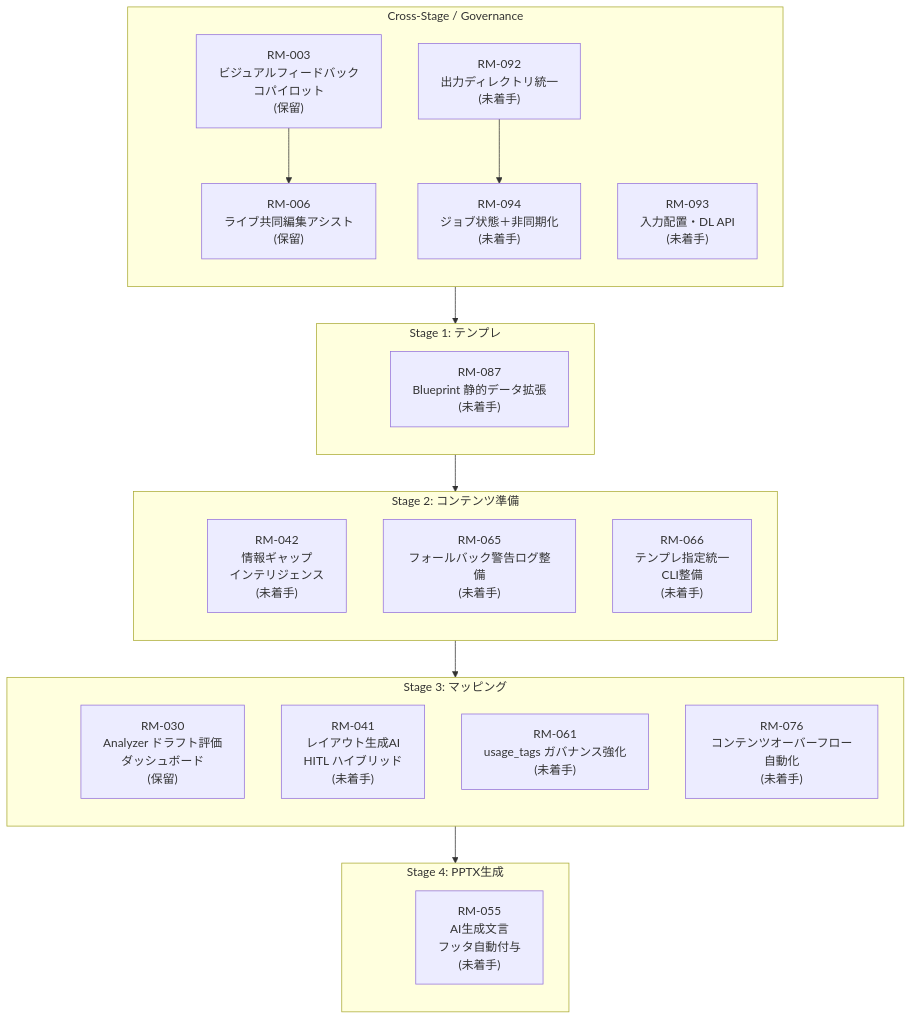
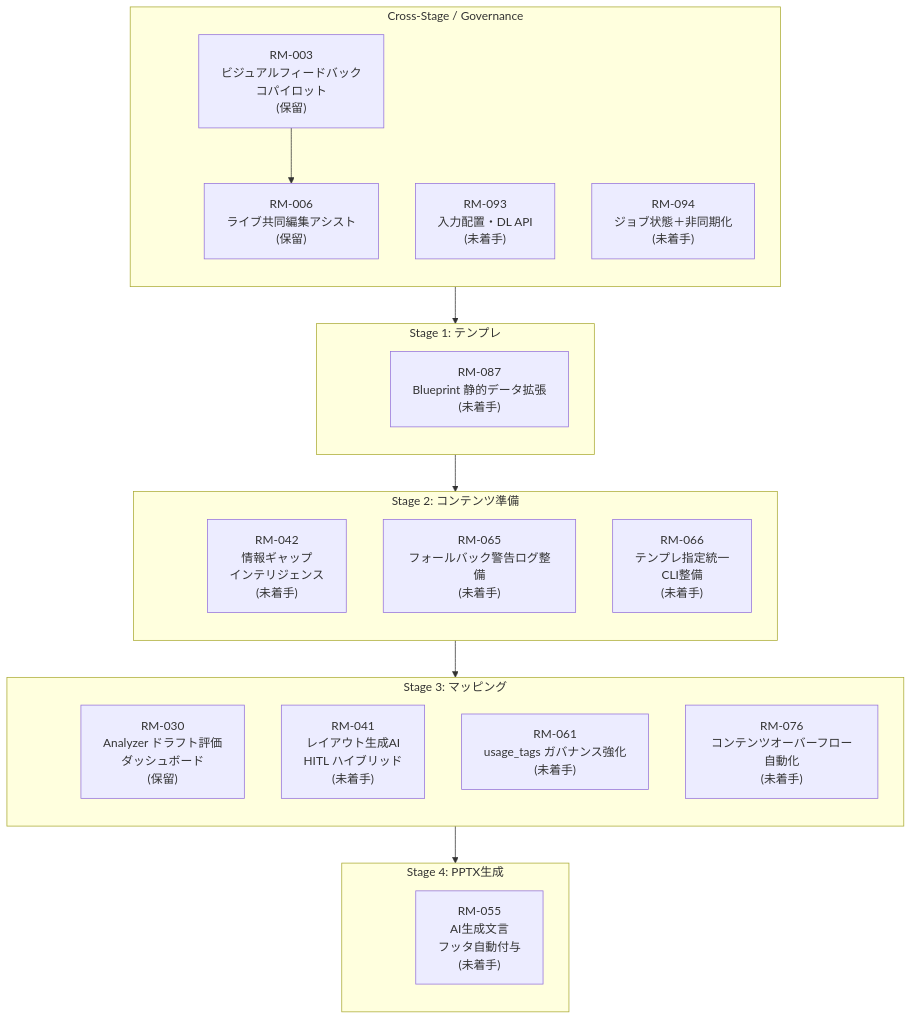
The diagram in docs/roadmap/roadmap.md (yurake/pptx_generator), drawn with Mermaid before and after one commit. The commit also changed other lines of this file and 8 other files, not shown here.

````diff
--- a/docs/roadmap/roadmap.md
+++ b/docs/roadmap/roadmap.md
@@ -25,52 +25,50 @@
 ```mermaid
 flowchart TB
     subgraph GOV["Cross-Stage / Governance"]
         direction TB
         GOV_ANCHOR(( ))
         RM003["RM-003<br/>ビジュアルフィードバック<br/>コパイロット<br/>(保留)"]
         RM006["RM-006<br/>ライブ共同編集アシスト<br/>(保留)"]
-        RM092["RM-092<br/>出力ディレクトリ統一<br/>(未着手)"]
         RM093["RM-093<br/>入力配置・DL API<br/>(未着手)"]
         RM094["RM-094<br/>ジョブ状態＋非同期化<br/>(未着手)"]
     end
 
     subgraph ST1["Stage 1: テンプレ"]
         direction TB
         ST1_ANCHOR(( ))
         RM087["RM-087<br/>Blueprint 静的データ拡張<br/>(未着手)"]
     end
 
     subgraph ST2["Stage 2: コンテンツ準備"]
         direction TB
         ST2_ANCHOR(( ))
         RM042["RM-042<br/>情報ギャップ<br/>インテリジェンス<br/>(未着手)"]
         RM065["RM-065<br/>フォールバック警告ログ整備<br/>(未着手)"]
         RM066["RM-066<br/>テンプレ指定統一<br/>CLI整備<br/>(未着手)"]
     end
 
     subgraph ST3["Stage 3: マッピング"]
         direction TB
         ST3_ANCHOR(( ))
         RM030["RM-030<br/>Analyzer ドラフト評価<br/>ダッシュボード<br/>(保留)"]
         RM041["RM-041<br/>レイアウト生成AI<br/>HITL ハイブリッド<br/>(未着手)"]
         RM061["RM-061<br/>usage_tags ガバナンス強化<br/>(未着手)"]
         RM076["RM-076<br/>コンテンツオーバーフロー自動化<br/>(未着手)"]
     end
 
     subgraph ST4["Stage 4: PPTX生成"]
         direction TB
         ST4_ANCHOR(( ))
         RM055["RM-055<br/>AI生成文言<br/>フッタ自動付与<br/>(未着手)"]
     end
 
     style GOV_ANCHOR fill:transparent,stroke:transparent
     style ST1_ANCHOR fill:transparent,stroke:transparent
     style ST2_ANCHOR fill:transparent,stroke:transparent
     style ST3_ANCHOR fill:transparent,stroke:transparent
     style ST4_ANCHOR fill:transparent,stroke:transparent
 
     GOV_ANCHOR --> ST1_ANCHOR --> ST2_ANCHOR --> ST3_ANCHOR --> ST4_ANCHOR
 
     RM003 --> RM006
-    RM092 --> RM094
 ```
````
